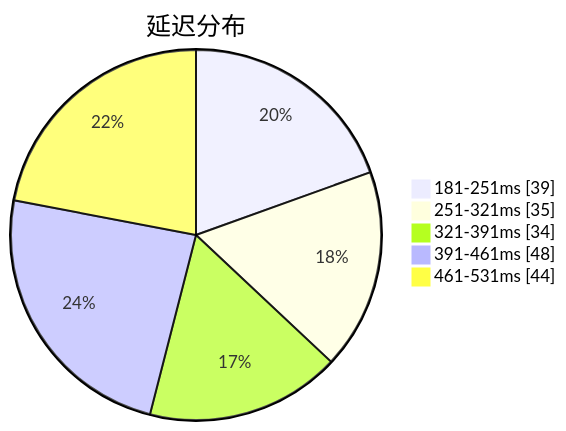
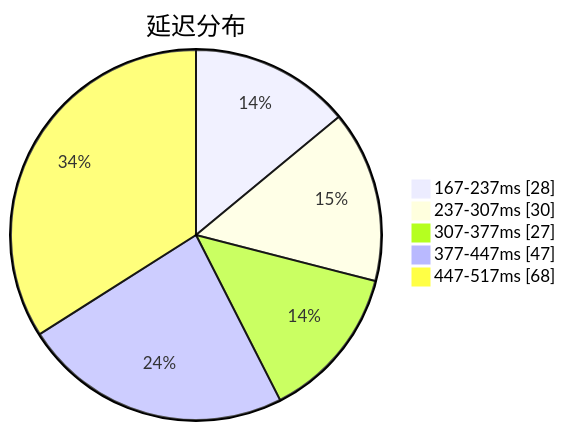
Before and after one commit to qjlxg/airport: the first of 3 diagrams in subs/statistics/tested_within.md, drawn with Mermaid. The commit also changed other lines of this file and 2 other files, not shown here.

````diff
--- a/subs/statistics/tested_within.md
+++ b/subs/statistics/tested_within.md
@@ -2,9 +2,9 @@
 ```mermaid
 pie showData
 title 延迟分布
-"181-251ms" : 39
-"251-321ms" : 35
-"321-391ms" : 34
-"391-461ms" : 48
-"461-531ms" : 44
+"167-237ms" : 28
+"237-307ms" : 30
+"307-377ms" : 27
+"377-447ms" : 47
+"447-517ms" : 68
 ```
````
